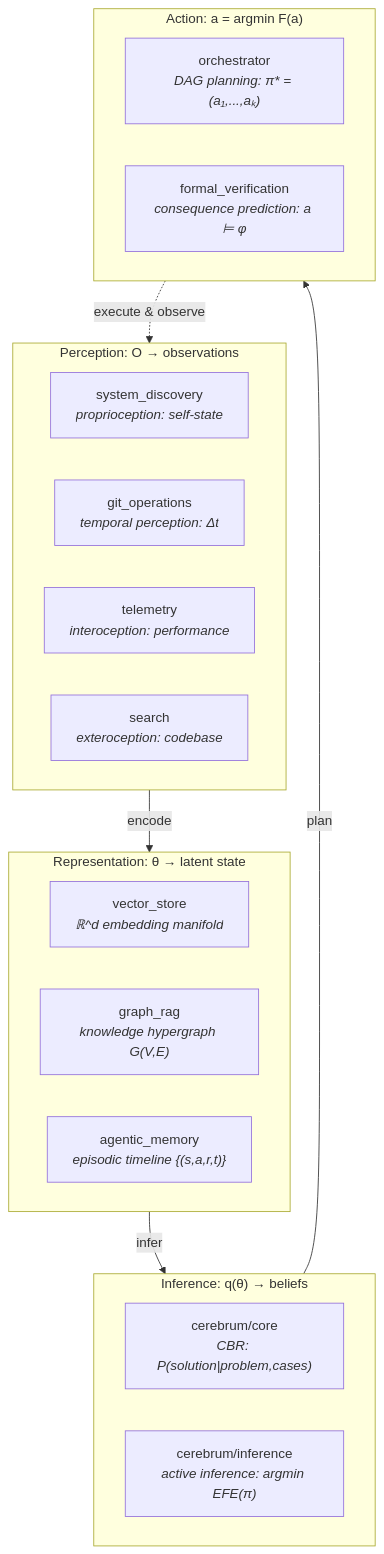
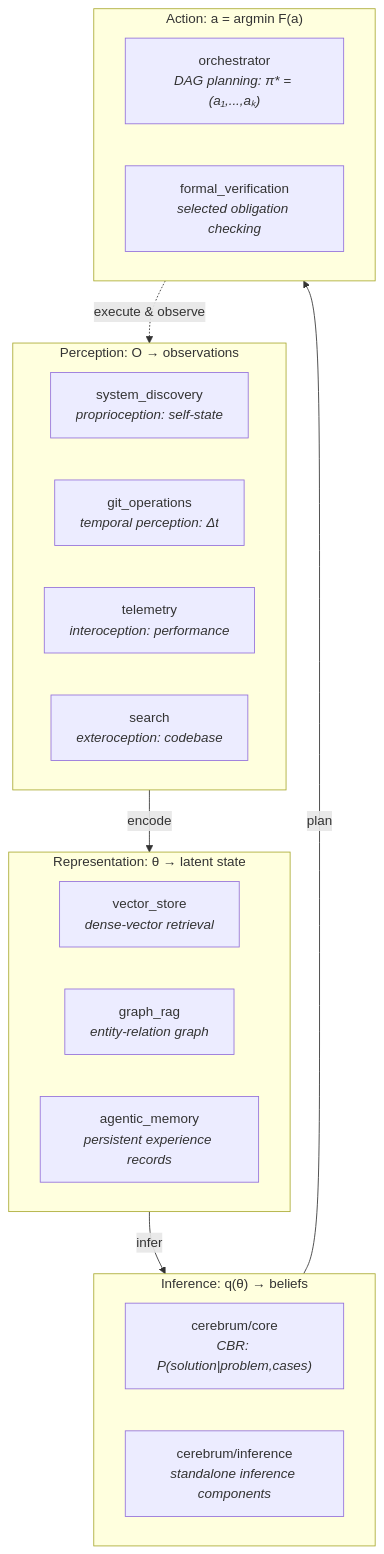
One commit to docxology/codomyrmex changed the first of 2 diagrams in docs/agi/world_models.md. Above: the diagram before and after it, drawn with Mermaid. The commit also changed other lines of this file and 287 other files, not shown here.

````diff
--- a/docs/agi/world_models.md
+++ b/docs/agi/world_models.md
@@ -17,30 +20,30 @@
 ```mermaid
 graph TB
     subgraph PERCEPTION["Perception: O → observations"]
         SD["system_discovery<br/><i>proprioception: self-state</i>"]
         GIT["git_operations<br/><i>temporal perception: Δt</i>"]
         TELEM["telemetry<br/><i>interoception: performance</i>"]
         SEARCH["search<br/><i>exteroception: codebase</i>"]
     end
 
     subgraph REPRESENTATION["Representation: θ → latent state"]
-        VEC["vector_store<br/><i>ℝ^d embedding manifold</i>"]
-        GRAPH["graph_rag<br/><i>knowledge hypergraph G(V,E)</i>"]
-        AMEM["agentic_memory<br/><i>episodic timeline {(s,a,r,t)}</i>"]
+        VEC["vector_store<br/><i>dense-vector retrieval</i>"]
+        GRAPH["graph_rag<br/><i>entity-relation graph</i>"]
+        AMEM["agentic_memory<br/><i>persistent experience records</i>"]
     end
 
     subgraph INFERENCE["Inference: q(θ) → beliefs"]
         CEREB["cerebrum/core<br/><i>CBR: P(solution|problem,cases)</i>"]
-        ACT_INF["cerebrum/inference<br/><i>active inference: argmin EFE(π)</i>"]
+        ACT_INF["cerebrum/inference<br/><i>standalone inference components</i>"]
     end
 
     subgraph ACTION["Action: a = argmin F(a)"]
         ORCH["orchestrator<br/><i>DAG planning: π* = (a₁,...,aₖ)</i>"]
-        FORMAL["formal_verification<br/><i>consequence prediction: a ⊨ φ</i>"]
+        FORMAL["formal_verification<br/><i>selected obligation checking</i>"]
     end
 
     PERCEPTION -->|"encode"| REPRESENTATION
     REPRESENTATION -->|"infer"| INFERENCE
     INFERENCE -->|"plan"| ACTION
     ACTION -.->|"execute & observe"| PERCEPTION
 ```
````
